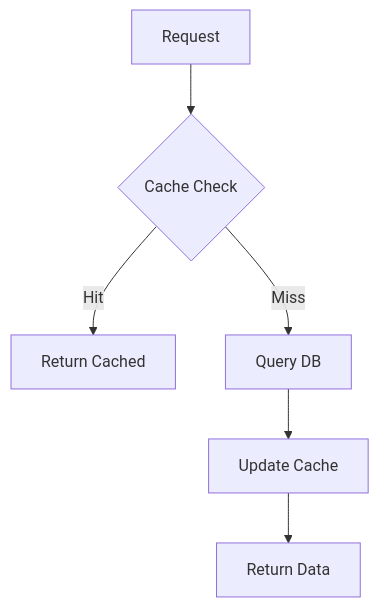
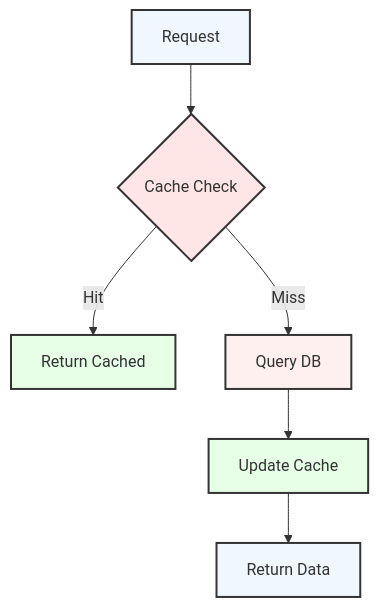
The ninth of 10 diagrams in docs/API.md (kafle1/timetablepro), drawn with Mermaid before and after one commit. The commit also changed other lines of this file and 1 other file, not shown here.

Commit message:
docs: improve diagram colors for better text visibility

````diff
--- a/docs/API.md
+++ b/docs/API.md
@@ -511,8 +535,19 @@
 ```mermaid
 graph TB
     A[Request] --> B{Cache Check}
     B -->|Hit| C[Return Cached]
     B -->|Miss| D[Query DB]
     D --> E[Update Cache]
     E --> F[Return Data]
+
+    classDef default fill:#f0f7ff,stroke:#333,stroke-width:2px
+    classDef check fill:#ffe6e6,stroke:#333,stroke-width:2px
+    classDef cache fill:#e6ffe6,stroke:#333,stroke-width:2px
+    classDef db fill:#fff0f0,stroke:#333,stroke-width:2px
+
+    class A default
+    class B check
+    class C,E cache
+    class D db
+    class F default
 ```
````
